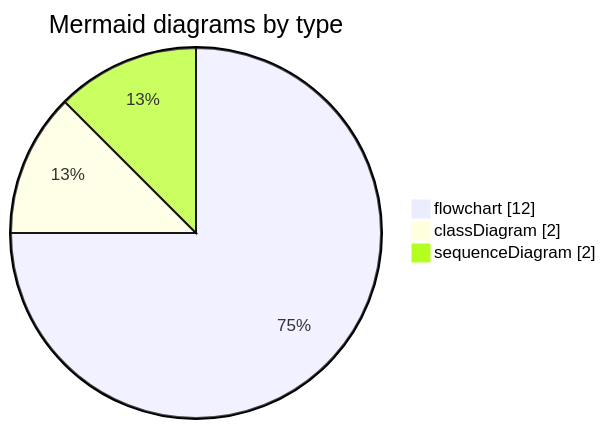
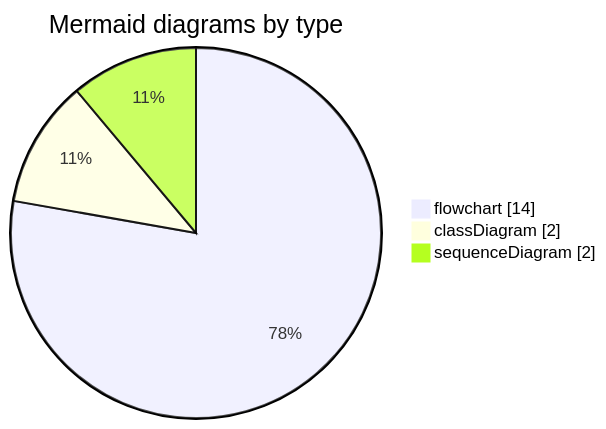
One commit to chris-piekarski/hot-iron changed the second of 2 diagrams in docs/stats.md. Above: the diagram before and after it, drawn with Mermaid. The commit also changed other lines of this file and 57 other files, not shown here.

````diff
--- a/docs/stats.md
+++ b/docs/stats.md
@@ -119,7 +121,7 @@
 ```mermaid
 pie showData
     title Mermaid diagrams by type
-    "flowchart" : 12
+    "flowchart" : 14
     "classDiagram" : 2
     "sequenceDiagram" : 2
 ```
````
